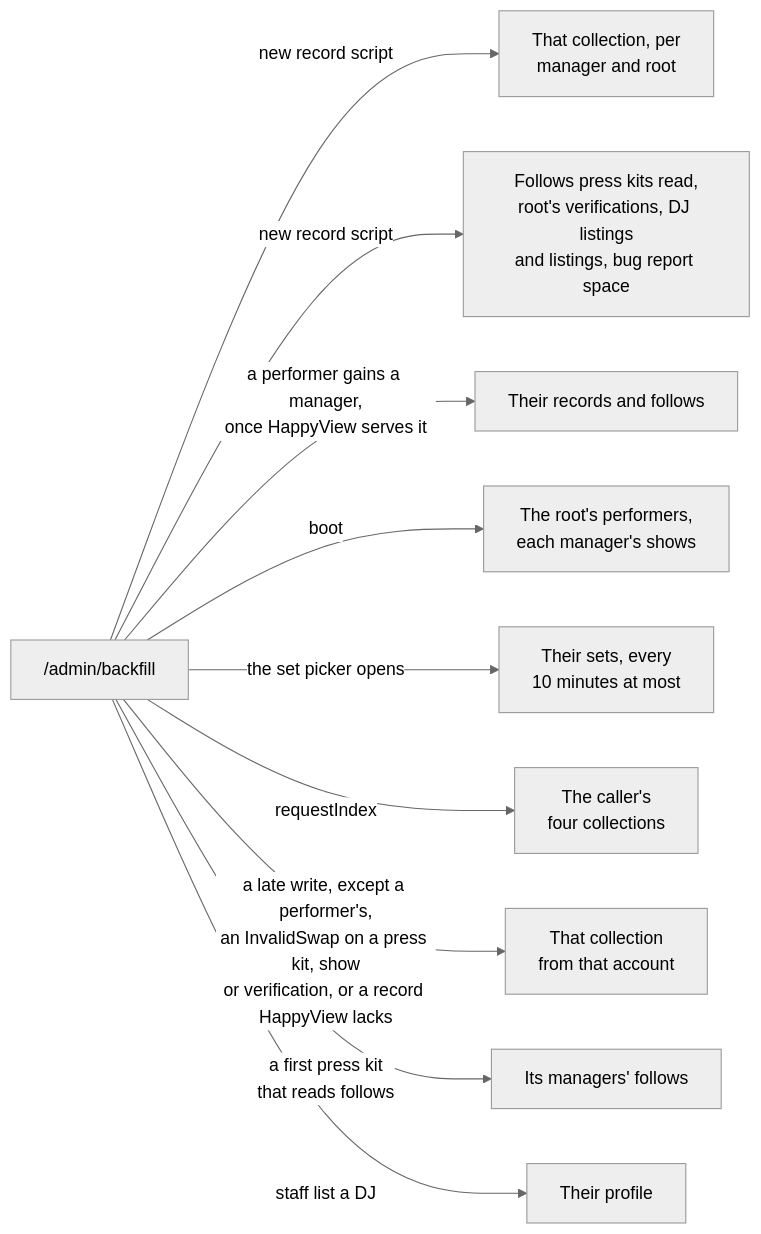
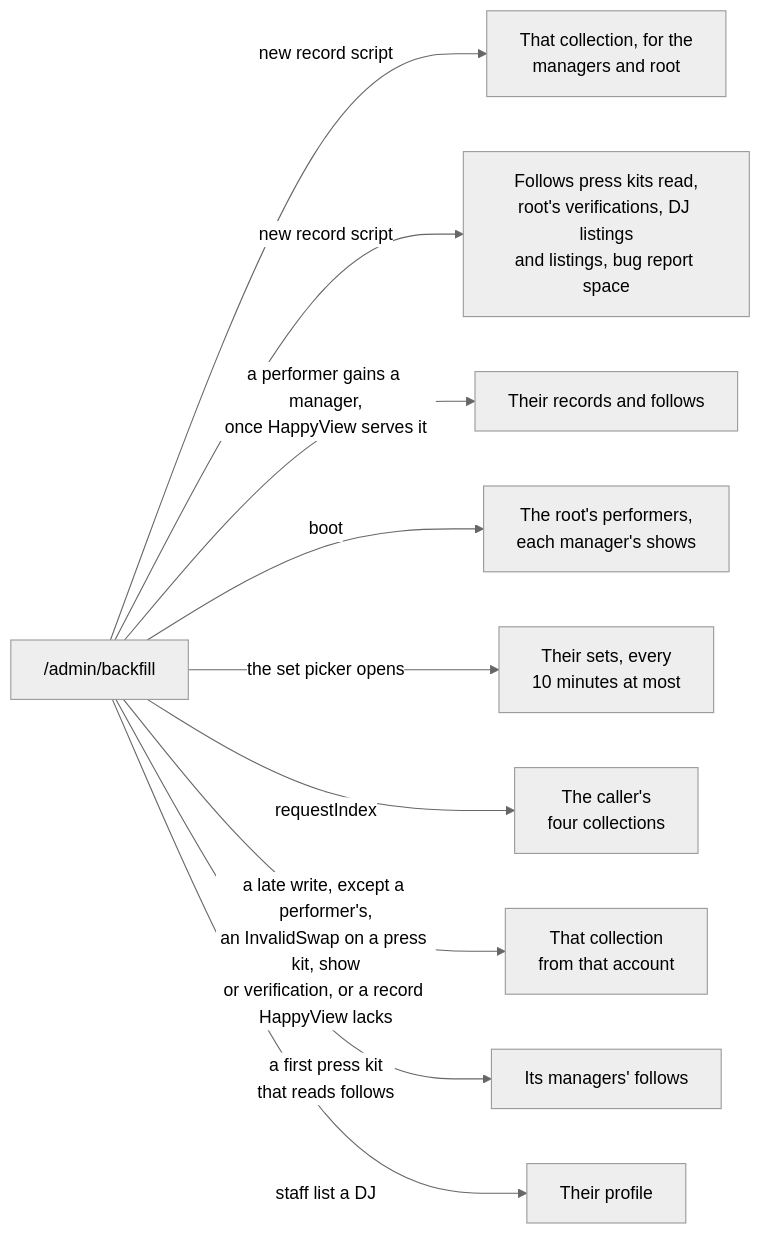
The fourth of 7 diagrams in apps/web/docs/diagrams/jobs-and-directory.md (cutenode/localnetwork), drawn with Mermaid (neutral theme) before and after one commit. The commit also changed other lines of this file and 94 other files, not shown here.

````diff
--- a/apps/web/docs/diagrams/jobs-and-directory.md
+++ b/apps/web/docs/diagrams/jobs-and-directory.md
@@ -78,13 +78,13 @@
 ```mermaid
 flowchart LR
   Backfill["/admin/backfill"]
-  Backfill -- "new record script" --> R1["That collection, per<br/>manager and root"]
+  Backfill -- "new record script" --> R1["That collection, for the<br/>managers and root"]
   Backfill -- "new record script" --> R2["Follows press kits read,<br/>root's verifications, DJ listings<br/>and listings, bug report space"]
   Backfill -- "a performer gains a manager,<br/>once HappyView serves it" --> R3["Their records and follows"]
   Backfill -- "boot" --> R4["The root's performers,<br/>each manager's shows"]
   Backfill -- "the set picker opens" --> R5["Their sets, every<br/>10 minutes at most"]
   Backfill -- "requestIndex" --> R6["The caller's<br/>four collections"]
   Backfill -- "a late write, except a performer's,<br/>an InvalidSwap on a press kit, show<br/>or verification, or a record HappyView lacks" --> R7["That collection<br/>from that account"]
   Backfill -- "a first press kit<br/>that reads follows" --> R8["Its managers' follows"]
   Backfill -- "staff list a DJ" --> R9["Their profile"]
 ```
````
